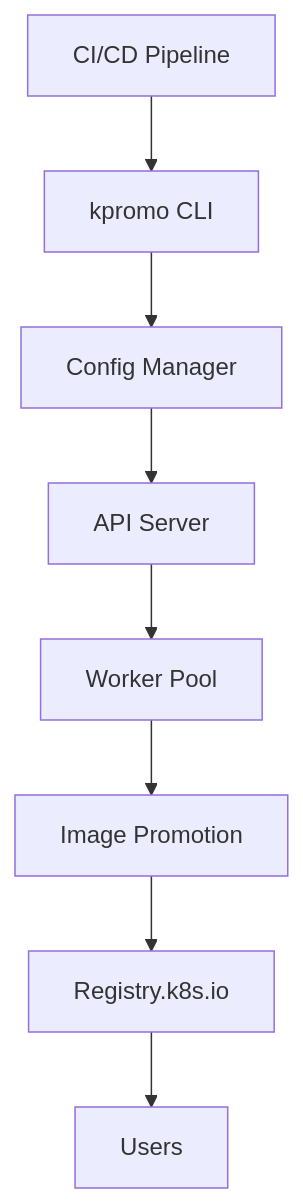
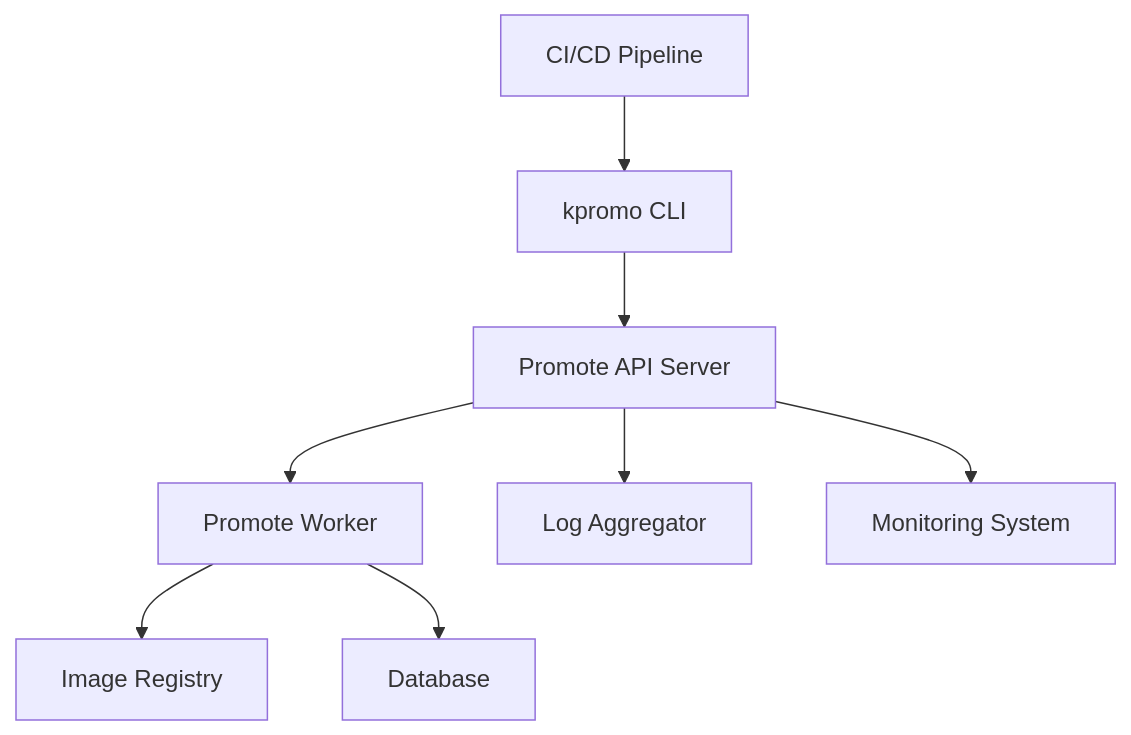
Before and after one commit to ape902/laoguo.github.io: the diagram in content/posts/2026-03-17-the-invisible-rewrite-modernizing-the-kubernetes-image-promoter.md, drawn with Mermaid. The commit also changed other lines of this file, not shown here.

Commit message:
发布新文章：2026-03-17-the-invisible-rewrite-modernizing-the-kubernetes-image-promoter.md

````diff
--- a/content/posts/2026-03-17-the-invisible-rewrite-modernizing-the-kubernetes-image-promoter.md
+++ b/content/posts/2026-03-17-the-invisible-rewrite-modernizing-the-kubernetes-image-promoter.md
@@ -71,10 +246,10 @@
 ```mermaid
 graph TD
     A[CI/CD Pipeline] --> B[kpromo CLI]
-    B --> C[Config Manager]
-    C --> D[API Server]
-    D --> E[Worker Pool]
-    E --> F[Image Promotion]
-    F --> G[Registry.k8s.io]
-    G --> H[Users]
+    B --> C[Promote API Server]
+    C --> D[Promote Worker]
+    D --> E[Image Registry]
+    D --> F[Database]
+    C --> G[Log Aggregator]
+    C --> H[Monitoring System]
 ```
````
